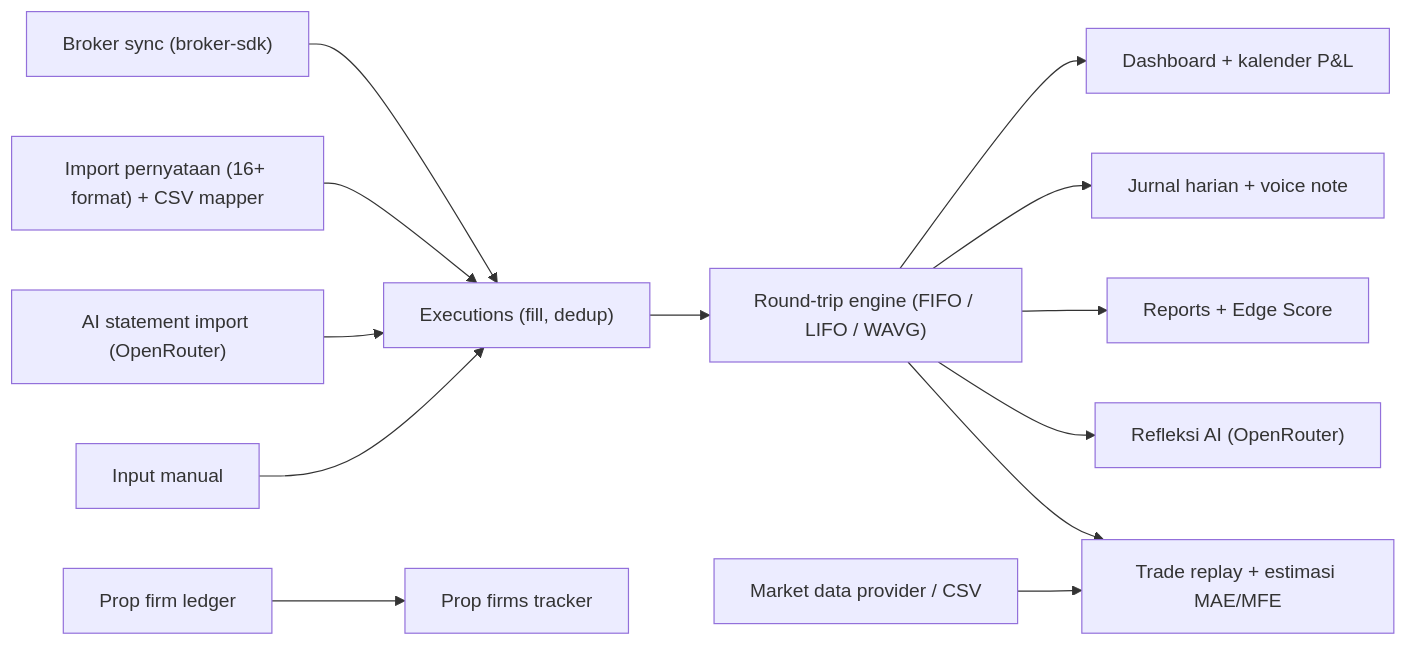
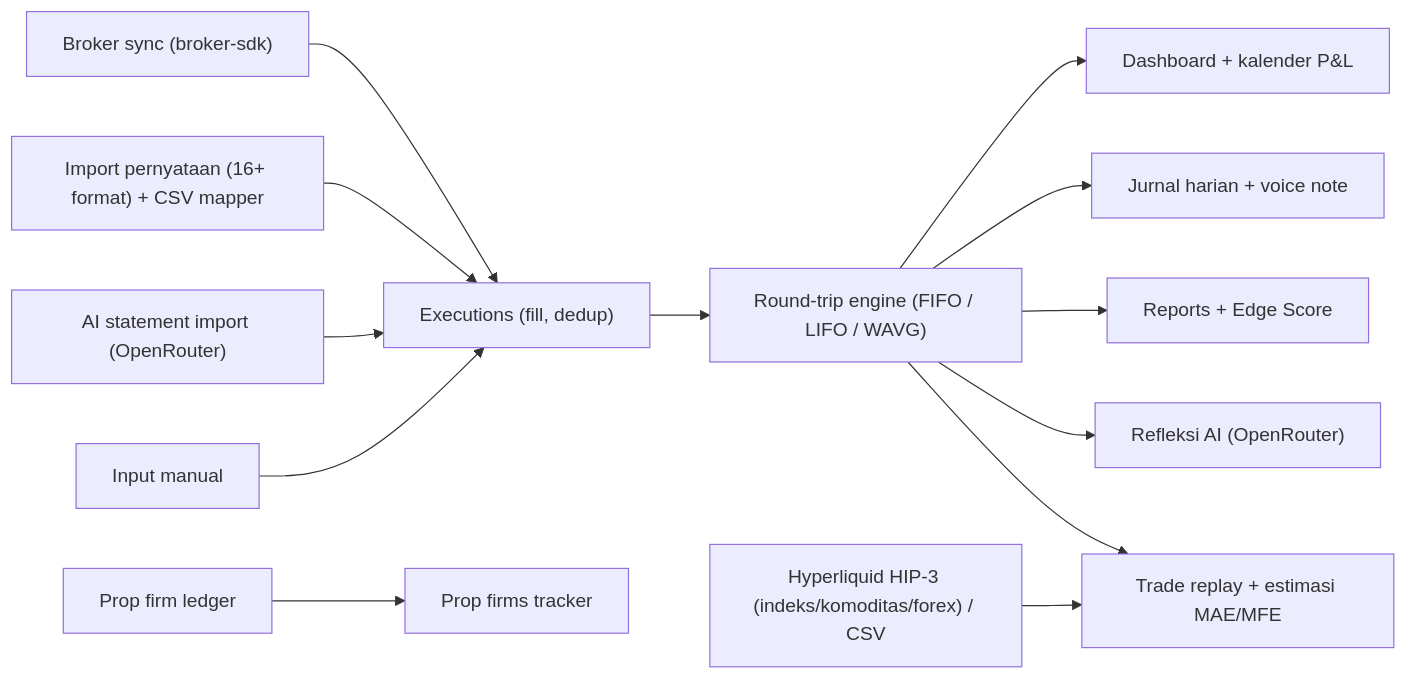
The diagram in docs/02-arsitektur.md (tradingekaryan-ux/Trade-Jurnal-by-Artian-Capital-Group), drawn with Mermaid before and after one commit. The commit also changed 17 other files, not shown here.

Commit message:
Ganti market data ke Hyperliquid HIP-3 untuk indeks, komoditas, dan forex

````diff
--- a/docs/02-arsitektur.md
+++ b/docs/02-arsitektur.md
@@ -44,15 +44,15 @@
 ```mermaid
 flowchart LR
   BS["Broker sync (broker-sdk)"] --> EX["Executions (fill, dedup)"]
   IM["Import pernyataan (16+ format) + CSV mapper"] --> EX
   AI["AI statement import (OpenRouter)"] --> EX
   MN["Input manual"] --> EX
   EX --> RT["Round-trip engine (FIFO / LIFO / WAVG)"]
   RT --> D["Dashboard + kalender P&L"]
   RT --> J["Jurnal harian + voice note"]
   RT --> R["Reports + Edge Score"]
   RT --> AIR["Refleksi AI (OpenRouter)"]
-  MD["Market data provider / CSV"] --> TR["Trade replay + estimasi MAE/MFE"]
+  MD["Hyperliquid HIP-3 (indeks/komoditas/forex) / CSV"] --> TR["Trade replay + estimasi MAE/MFE"]
   RT --> TR
   PC["Prop firm ledger"] --> PF["Prop firms tracker"]
 ```
````
